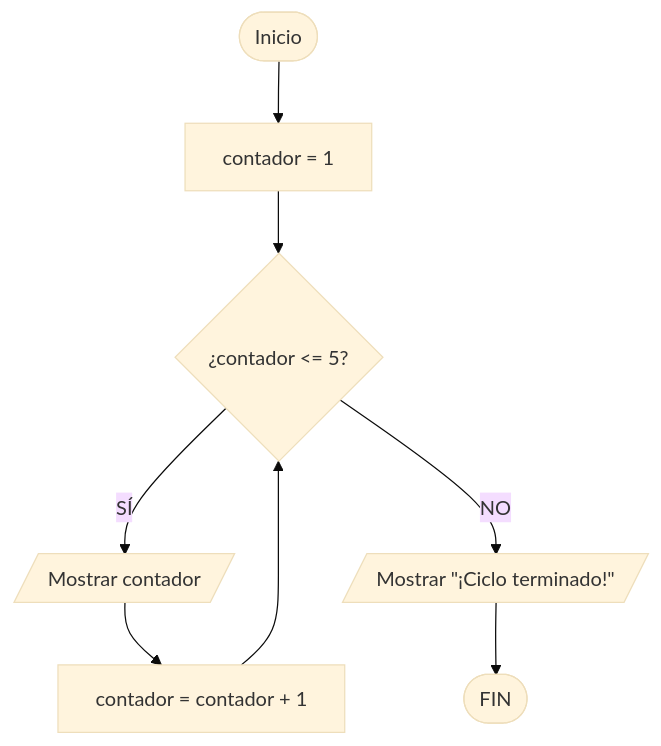
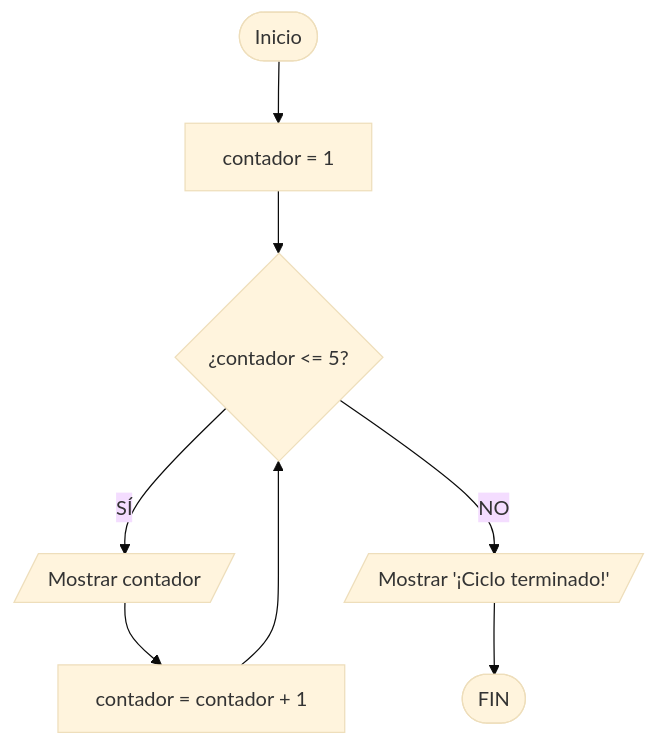
One commit to jovanyvelez/decimo changed the tenth of 22 diagrams in herramientas_algoritmicas.md. Above: the diagram before and after it, drawn with Mermaid (base theme). The commit also changed other lines of this file, not shown here.

````diff
--- a/herramientas_algoritmicas.md
+++ b/herramientas_algoritmicas.md
@@ -935,10 +935,10 @@
 ```mermaid
 graph TD
-    A([Inicio]) --> B[contador = 1]
-    B --> C{¿contador <= 5?}
-    C -- SÍ --> D[/Mostrar contador/]
-    D --> E[contador = contador + 1]
+    A([Inicio]) --> B["contador = 1"]
+    B --> C{"¿contador <= 5?"}
+    C -- SÍ --> D[/"Mostrar contador"/]
+    D --> E["contador = contador + 1"]
     E --> C
-    C -- NO --> F[/Mostrar "¡Ciclo terminado!"/]
+    C -- NO --> F[/"Mostrar '¡Ciclo terminado!'"/]
     F --> G([FIN])
 ```
````
